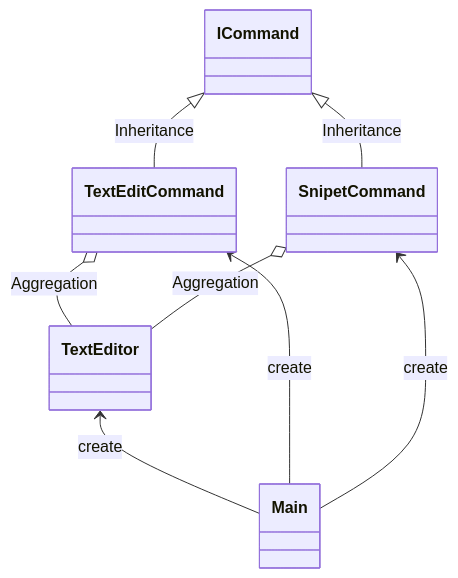
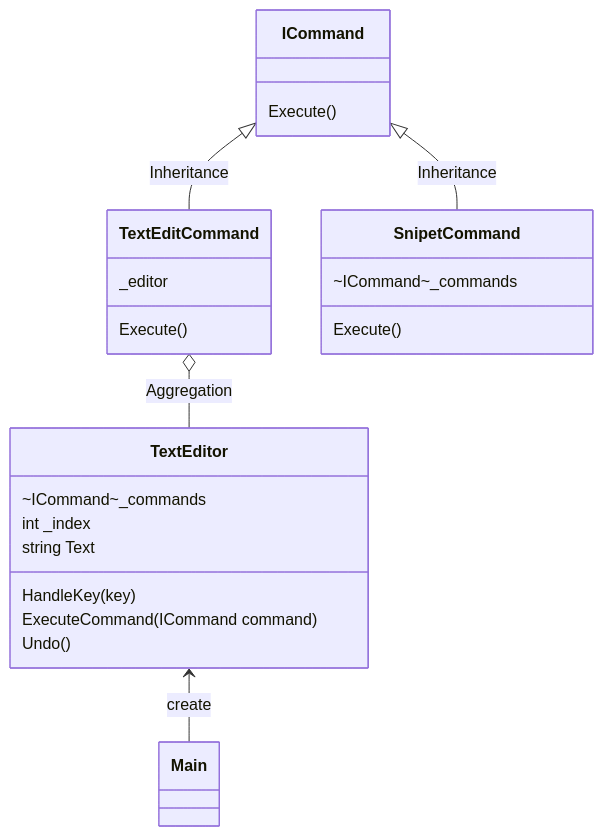
One commit to 0123takaokeita/design_patterns changed the diagram in Command/README.md. Above: the diagram before and after it, drawn with Mermaid. The commit also changed other lines of this file and 2 other files, not shown here.

Commit message:
fix: TextEditorでundo,redoができるように編集

````diff
--- a/Command/README.md
+++ b/Command/README.md
@@ -24,26 +24,33 @@
 ```mermaid
 classDiagram
     class ICommand {
+        Execute()
+    }
 
-        }
     class TextEditCommand {
+        _editor
+        Execute()
+    }
 
-        }
     class SnipetCommand {
+        ~ICommand~_commands
+        Execute()
+    }
 
-        }
     class TextEditor {
+        ~ICommand~_commands
+        int _index
+        string Text
+        HandleKey(key)
+        ExecuteCommand(ICommand command)
+        Undo()
+    }
 
-        }
     class Main {
+    }
 
-        }
-
-    ICommand <|-- TextEditCommand : Inheritance
-    ICommand <|-- SnipetCommand : Inheritance
+    ICommand <|-- TextEditCommand  : Inheritance
+    ICommand <|-- SnipetCommand    : Inheritance
     TextEditCommand o-- TextEditor : Aggregation
-    SnipetCommand o-- TextEditor : Aggregation
-    TextEditor <-- Main : create
-    TextEditCommand <-- Main : create
-    SnipetCommand <-- Main : create
+    TextEditor <-- Main            : create
 ```
````
